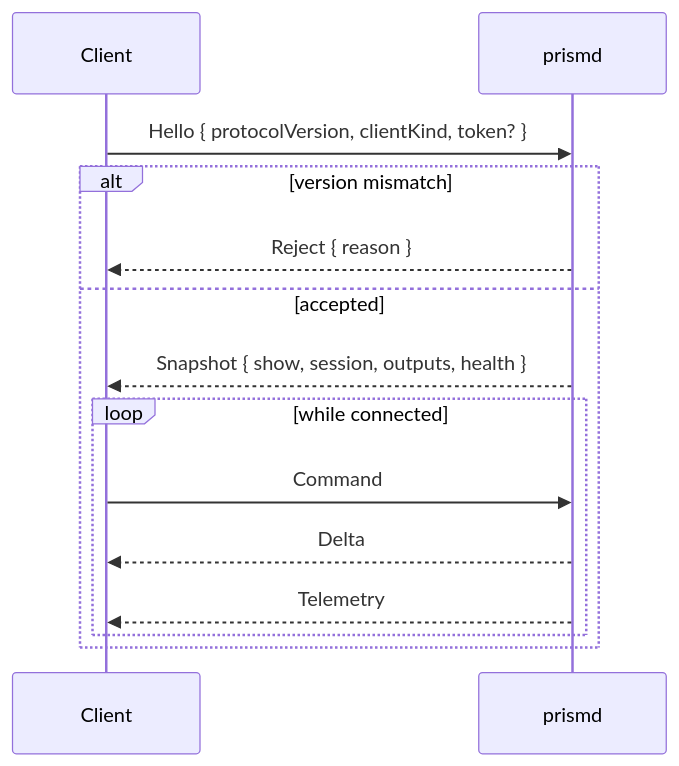
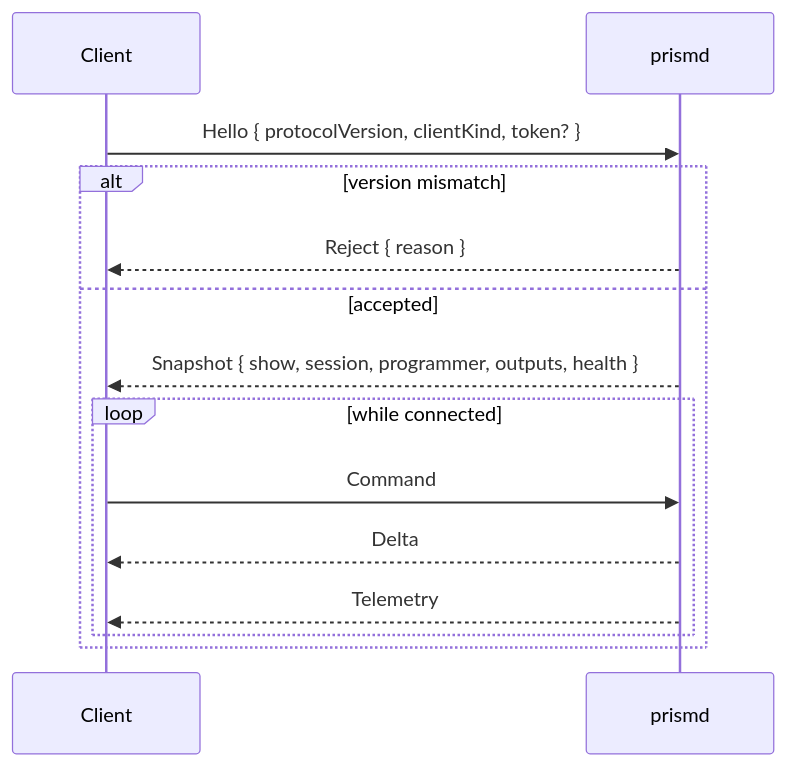
One commit to flakesystems/PrismDMX changed the diagram in docs/IPC_PROTOCOL.md. Above: the diagram before and after it, drawn with Mermaid. The commit also changed other lines of this file and 21 other files, not shown here.

````diff
--- a/docs/IPC_PROTOCOL.md
+++ b/docs/IPC_PROTOCOL.md
@@ -63,16 +71,16 @@
 ```mermaid
 sequenceDiagram
     participant C as Client
     participant D as prismd
     C->>D: Hello { protocolVersion, clientKind, token? }
     alt version mismatch
         D-->>C: Reject { reason }
     else accepted
-        D-->>C: Snapshot { show, session, outputs, health }
+        D-->>C: Snapshot { show, session, programmer, outputs, health }
         loop while connected
             C->>D: Command
             D-->>C: Delta
             D-->>C: Telemetry
         end
     end
 ```
````
